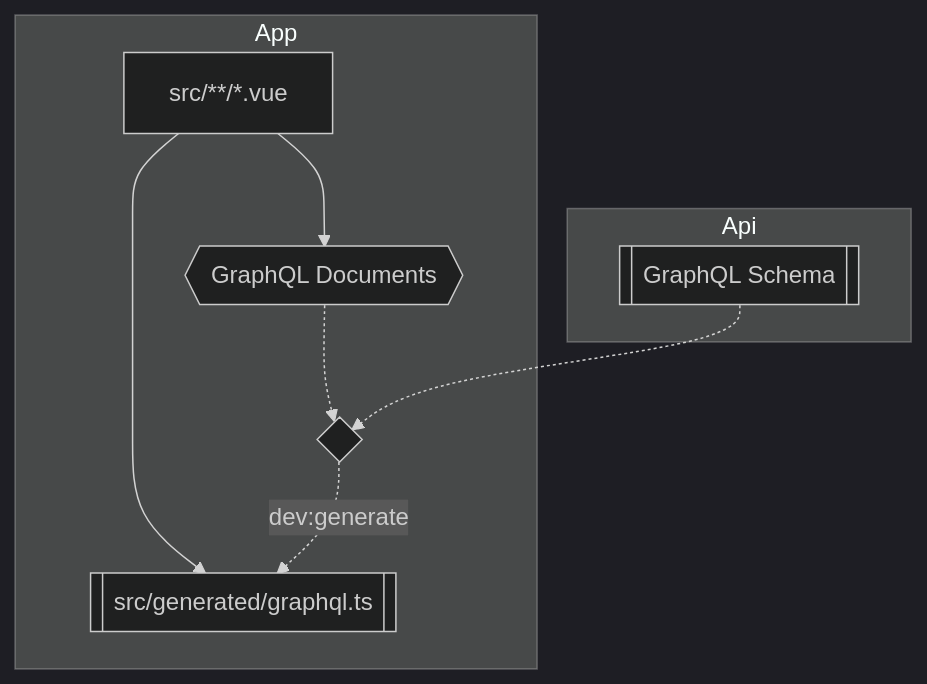
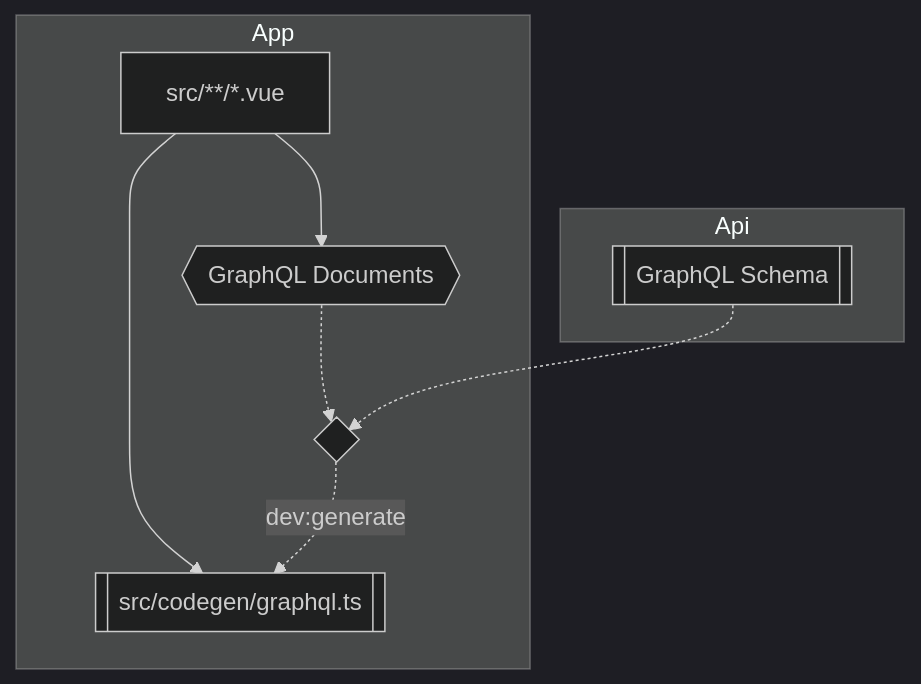
One commit to OpenSkool/OpenSkool changed the diagram in app/README.md. Above: the diagram before and after it, drawn with Mermaid (dark theme). The commit also changed other lines of this file and 31 other files, not shown here.

````diff
--- a/app/README.md
+++ b/app/README.md
@@ -27,19 +27,19 @@
 ```mermaid
 flowchart
   subgraph Api
     apisch[[GraphQL Schema]]
   end
 
   subgraph App
     srcdoc{{GraphQL Documents}}
     srcvue[src/**/*.vue]
     srcvue --> srcdoc
     typegen{ }
     srcdoc -.-> typegen
-    gents[["src/generated/graphql.ts"]]
+    gents[["src/codegen/graphql.ts"]]
     typegen -.-> |dev:generate| gents
     srcvue --> gents
   end
 
   apisch -.-> typegen
 ```
````
